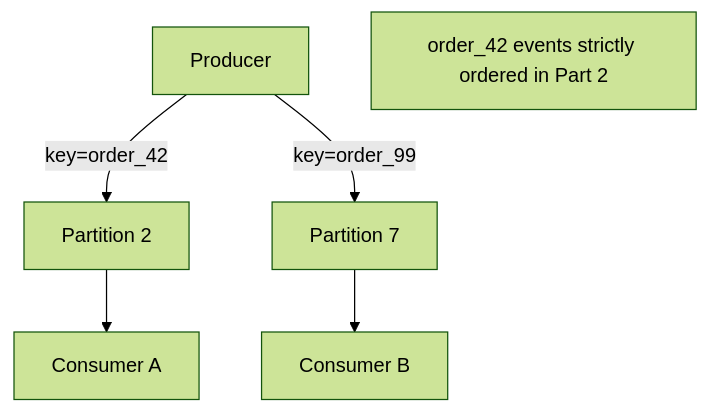
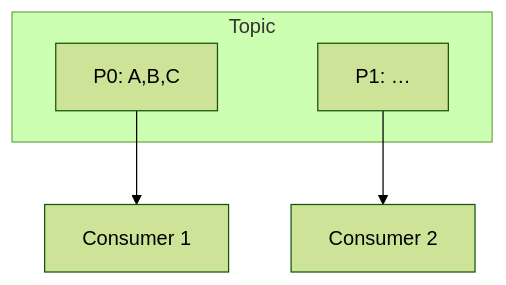
One commit to hareramcse/SystemDesign changed diagram 13 of 28 in 06-messaging-and-events/README.md. Above: the diagram before and after it, drawn with Mermaid (forest theme). The commit also changed other lines of this file, not shown here.

````diff
--- a/06-messaging-and-events/README.md
+++ b/06-messaging-and-events/README.md
@@ -802,8 +2488,9 @@
 ```mermaid
 flowchart TB
-  P[Producer] -->|"key=order_42"| Part2[Partition 2]
-  P -->|"key=order_99"| Part7[Partition 7]
-  Part2 --> C1[Consumer A]
-  Part7 --> C2[Consumer B]
-  Note1[order_42 events strictly ordered in Part 2]
+    subgraph Topic
+        P0[P0: A,B,C]
+        P1[P1: …]
+    end
+    P0 --> C1[Consumer 1]
+    P1 --> C2[Consumer 2]
 ```
````
